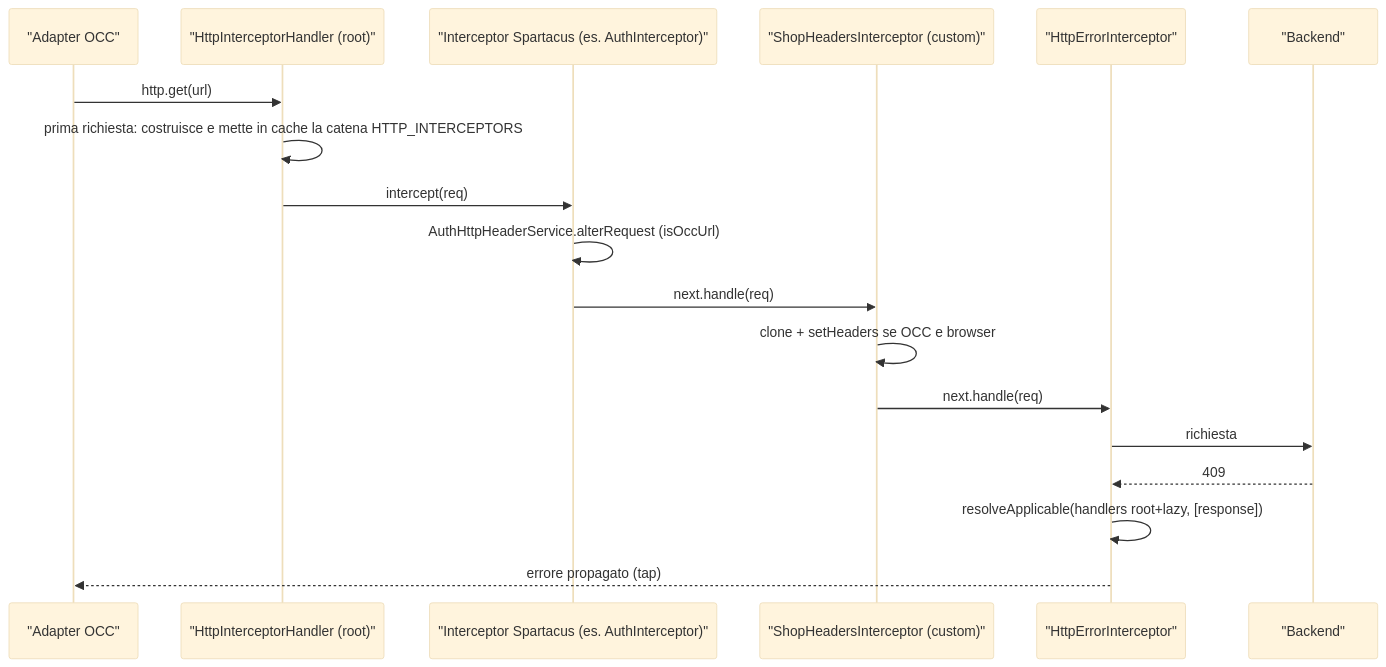
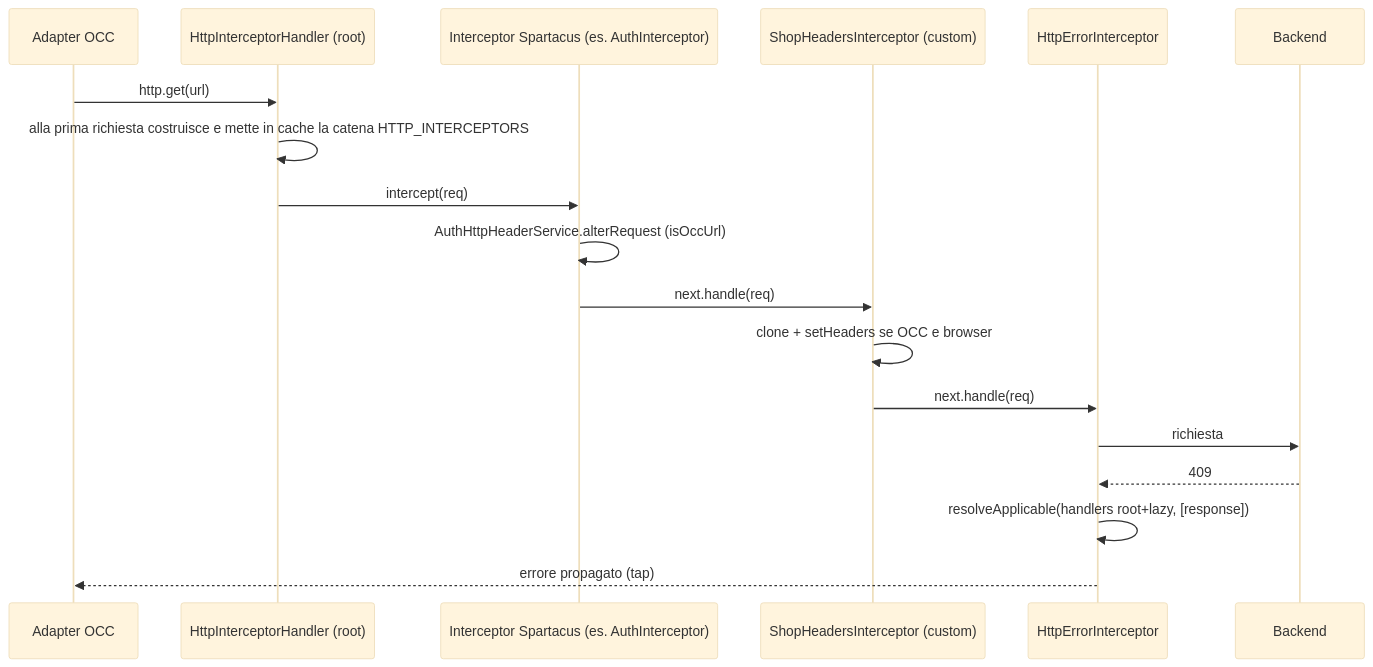
Before and after one commit to mgiuditta/spartacus: the third of 4 diagrams in docs/spartacus-book/parte-3/50-ricette-config-di.md, drawn with Mermaid (base theme). The commit also changed other lines of this file and 6 other files, not shown here.

````diff
--- a/docs/spartacus-book/parte-3/50-ricette-config-di.md
+++ b/docs/spartacus-book/parte-3/50-ricette-config-di.md
@@ -892,20 +892,20 @@
 ```mermaid
 sequenceDiagram
-  participant A as "Adapter OCC"
-  participant H as "HttpInterceptorHandler (root)"
-  participant I1 as "Interceptor Spartacus (es. AuthInterceptor)"
-  participant I2 as "ShopHeadersInterceptor (custom)"
-  participant E as "HttpErrorInterceptor"
-  participant B as "Backend"
+  participant A as Adapter OCC
+  participant H as HttpInterceptorHandler (root)
+  participant I1 as Interceptor Spartacus (es. AuthInterceptor)
+  participant I2 as ShopHeadersInterceptor (custom)
+  participant E as HttpErrorInterceptor
+  participant B as Backend
   A->>H: http.get(url)
-  H->>H: prima richiesta: costruisce e mette in cache la catena HTTP_INTERCEPTORS
+  H->>H: alla prima richiesta costruisce e mette in cache la catena HTTP_INTERCEPTORS
   H->>I1: intercept(req)
   I1->>I1: AuthHttpHeaderService.alterRequest (isOccUrl)
   I1->>I2: next.handle(req)
   I2->>I2: clone + setHeaders se OCC e browser
   I2->>E: next.handle(req)
   E->>B: richiesta
   B-->>E: 409
   E->>E: resolveApplicable(handlers root+lazy, [response])
   E-->>A: errore propagato (tap)
 ```
````
